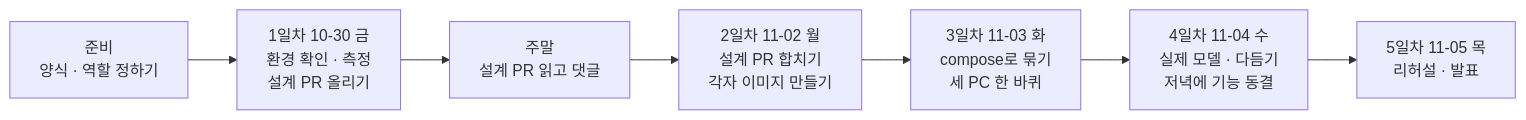
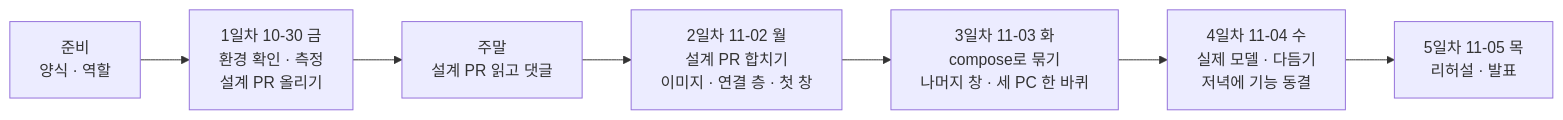
Before and after one commit to kids-gallery/uri-gallery: the diagram in docs/공통/이슈설계_컨테이너협업.md, drawn with Mermaid. The commit also changed other lines of this file and 4 other files, not shown here.

````diff
--- a/docs/공통/이슈설계_컨테이너협업.md
+++ b/docs/공통/이슈설계_컨테이너협업.md
@@ -61,9 +66,9 @@
 ```mermaid
 flowchart LR
-  P["준비<br/>양식 · 역할 정하기"] --> D1["1일차 10-30 금<br/>환경 확인 · 측정<br/>설계 PR 올리기"]
+  P["준비<br/>양식 · 역할"] --> D1["1일차 10-30 금<br/>환경 확인 · 측정<br/>설계 PR 올리기"]
   D1 --> W["주말<br/>설계 PR 읽고 댓글"]
-  W --> D2["2일차 11-02 월<br/>설계 PR 합치기<br/>각자 이미지 만들기"]
-  D2 --> D3["3일차 11-03 화<br/>compose로 묶기<br/>세 PC 한 바퀴"]
+  W --> D2["2일차 11-02 월<br/>설계 PR 합치기<br/>이미지 · 연결 층 · 첫 창"]
+  D2 --> D3["3일차 11-03 화<br/>compose로 묶기<br/>나머지 창 · 세 PC 한 바퀴"]
   D3 --> D4["4일차 11-04 수<br/>실제 모델 · 다듬기<br/>저녁에 기능 동결"]
   D4 --> D5["5일차 11-05 목<br/>리허설 · 발표"]
 ```
````
